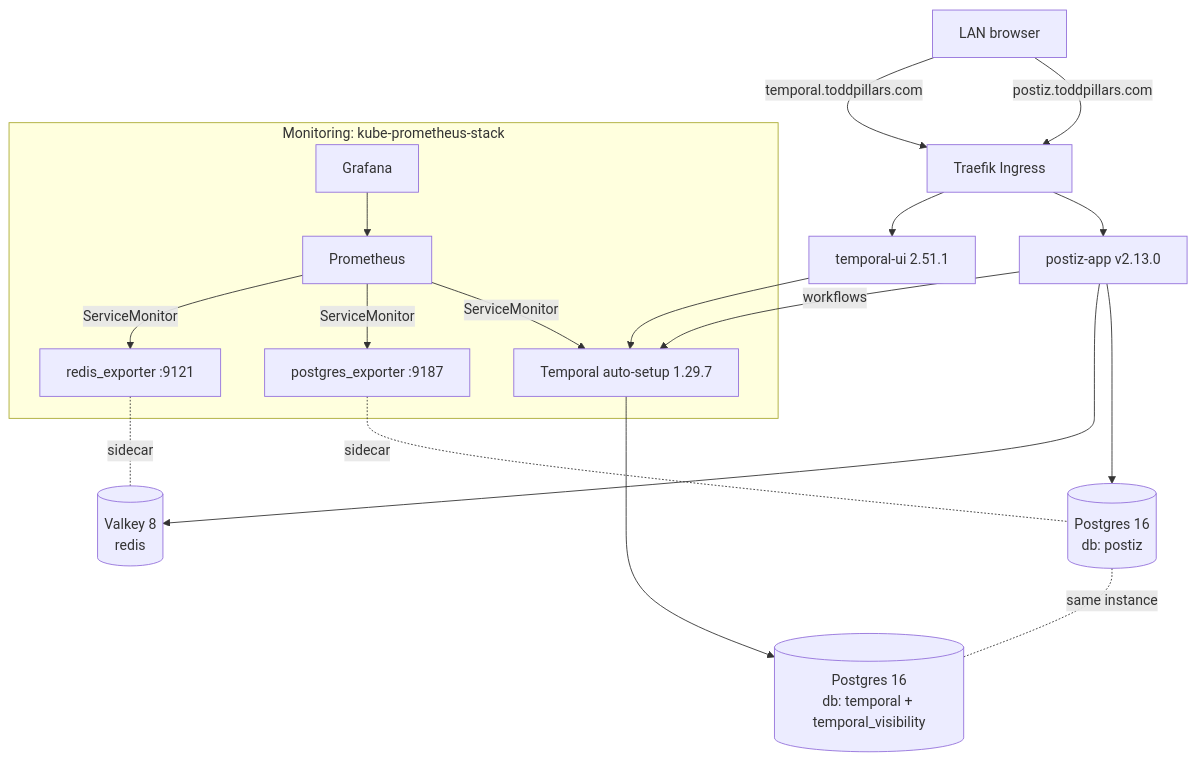
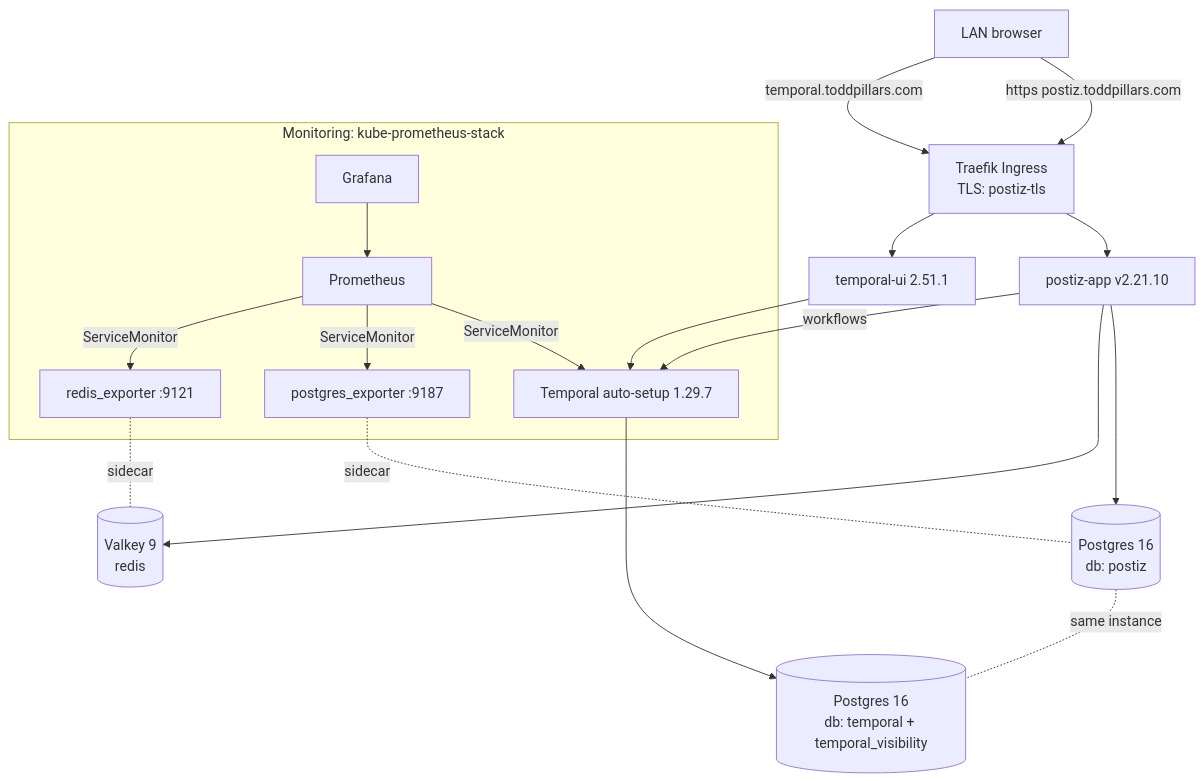
One commit to toddpillars/homelab changed the diagram in docs/operations/postiz.md. Above: the diagram before and after it, drawn with Mermaid. The commit also changed other lines of this file and 1 other file, not shown here.

First line of the commit message:
docs(postiz): bring runbook + CLAUDE.md current (HTTPS, LinkedIn, incidents)

````diff
--- a/docs/operations/postiz.md
+++ b/docs/operations/postiz.md
@@ -81,22 +85,22 @@
 ```mermaid
 flowchart TD
-    U[LAN browser] -->|postiz.toddpillars.com| T[Traefik Ingress]
+    U[LAN browser] -->|https postiz.toddpillars.com| T[Traefik Ingress<br/>TLS: postiz-tls]
     U -->|temporal.toddpillars.com| T
-    T --> A[postiz-app v2.13.0]
+    T --> A[postiz-app v2.21.10]
     T --> UI[temporal-ui 2.51.1]
     A --> PG[(Postgres 16<br/>db: postiz)]
-    A --> VK[(Valkey 8<br/>redis)]
+    A --> VK[(Valkey 9<br/>redis)]
     A -->|workflows| TE[Temporal auto-setup 1.29.7]
     UI --> TE
     TE --> PG2[(Postgres 16<br/>db: temporal + temporal_visibility)]
     PG -.same instance.- PG2
 
     subgraph obs[Monitoring: kube-prometheus-stack]
       P[Prometheus] -->|ServiceMonitor| TE
       P -->|ServiceMonitor| PGX[postgres_exporter :9187]
       P -->|ServiceMonitor| VKX[redis_exporter :9121]
       G[Grafana] --> P
     end
     PGX -.sidecar.- PG
     VKX -.sidecar.- VK
 ```
````
